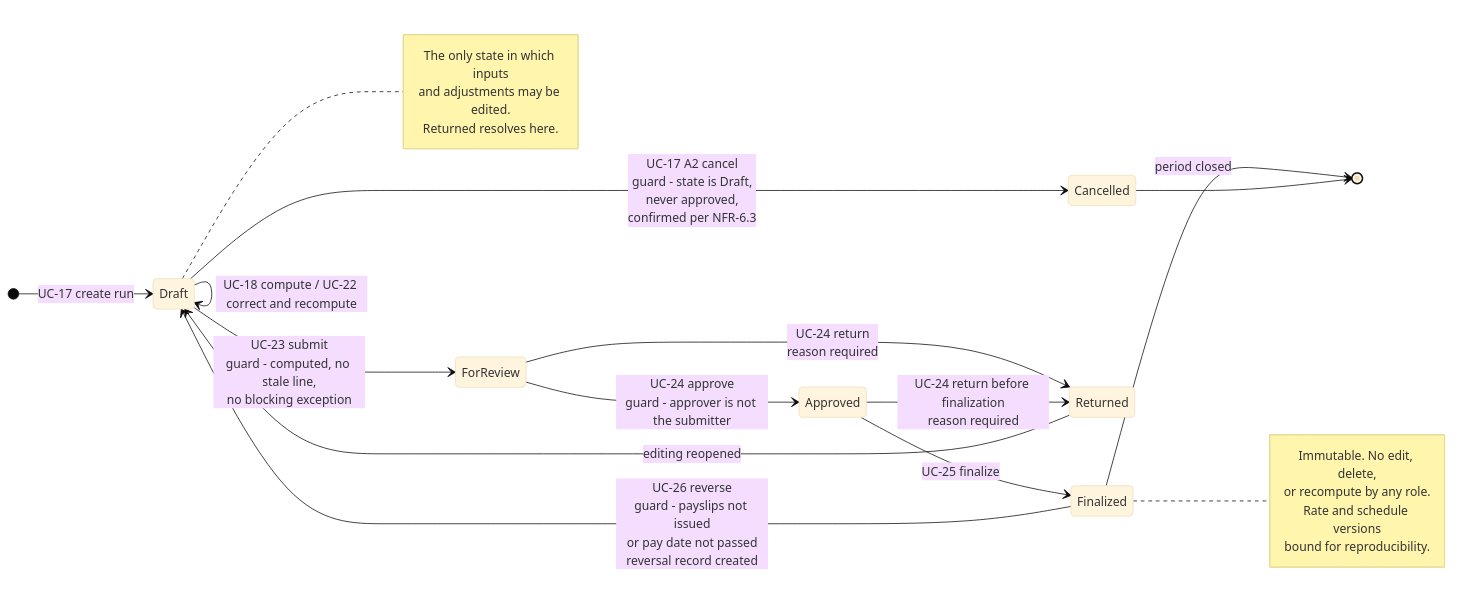
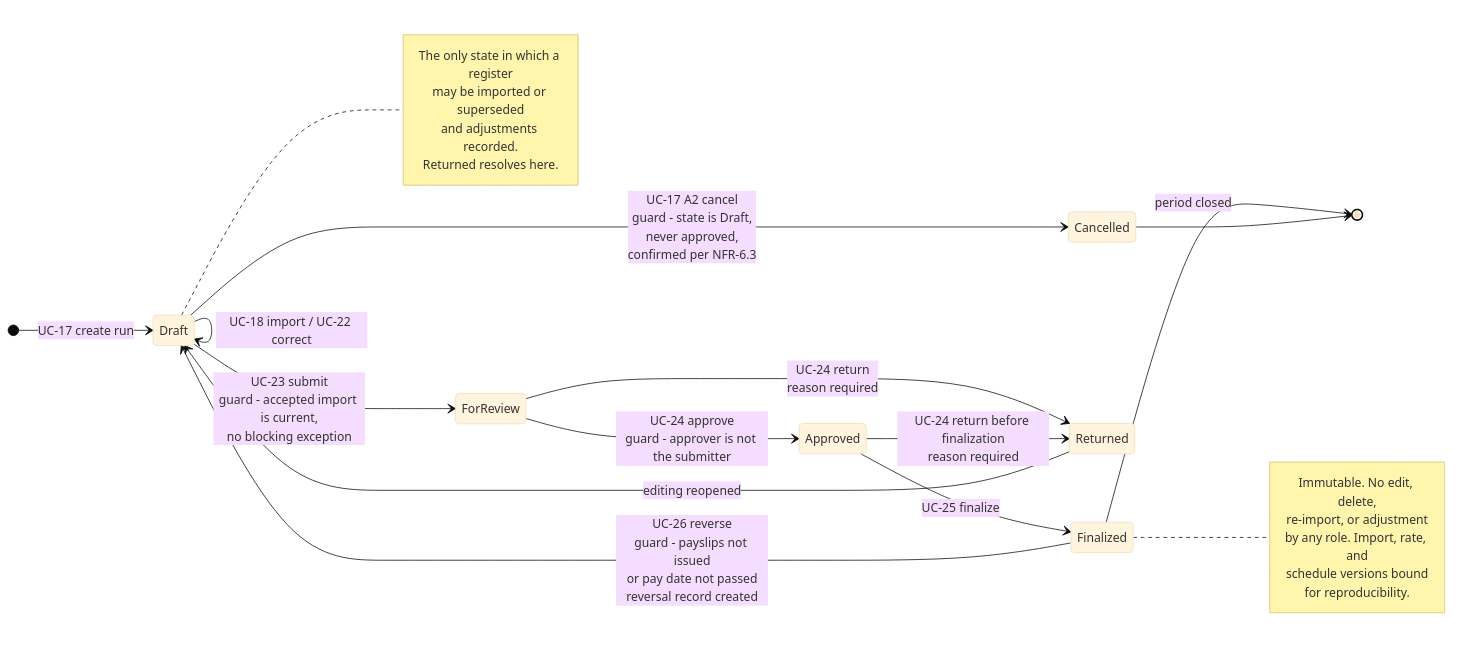
One commit to rjfat/municipal-payroll-system changed the eighth of 8 diagrams in docs/behavioral-diagrams.md. Above: the diagram before and after it, drawn with Mermaid (base theme). The commit also changed other lines of this file and 9 other files, not shown here.

````diff
--- a/docs/behavioral-diagrams.md
+++ b/docs/behavioral-diagrams.md
@@ -772,36 +762,38 @@
 ```mermaid
 stateDiagram-v2
     direction LR
     [*] --> Draft : UC-17 create run
 
-    Draft --> Draft : UC-18 compute / UC-22 correct and recompute
-    Draft --> ForReview : UC-23 submit<br/>guard - computed, no stale line,<br/>no blocking exception
+    Draft --> Draft : UC-18 import / UC-22 correct
+    Draft --> ForReview : UC-23 submit<br/>guard - accepted import is current,<br/>no blocking exception
     Draft --> Cancelled : UC-17 A2 cancel<br/>guard - state is Draft,<br/>never approved,<br/>confirmed per NFR-6.3
 
     ForReview --> Approved : UC-24 approve<br/>guard - approver is not the submitter
     ForReview --> Returned : UC-24 return<br/>reason required
 
     Approved --> Returned : UC-24 return before finalization<br/>reason required
     Approved --> Finalized : UC-25 finalize
 
     Returned --> Draft : editing reopened
 
     Finalized --> Draft : UC-26 reverse<br/>guard - payslips not issued<br/>or pay date not passed<br/>reversal record created
 
     Finalized --> [*] : period closed
 
     Cancelled --> [*]
 
     note right of Finalized
         Immutable. No edit, delete,
-        or recompute by any role.
-        Rate and schedule versions
-        bound for reproducibility.
+        re-import, or adjustment
+        by any role. Import, rate, and
+        schedule versions bound
+        for reproducibility.
     end note
 
     note right of Draft
-        The only state in which inputs
-        and adjustments may be edited.
+        The only state in which a register
+        may be imported or superseded
+        and adjustments recorded.
         Returned resolves here.
     end note
 ```
````
